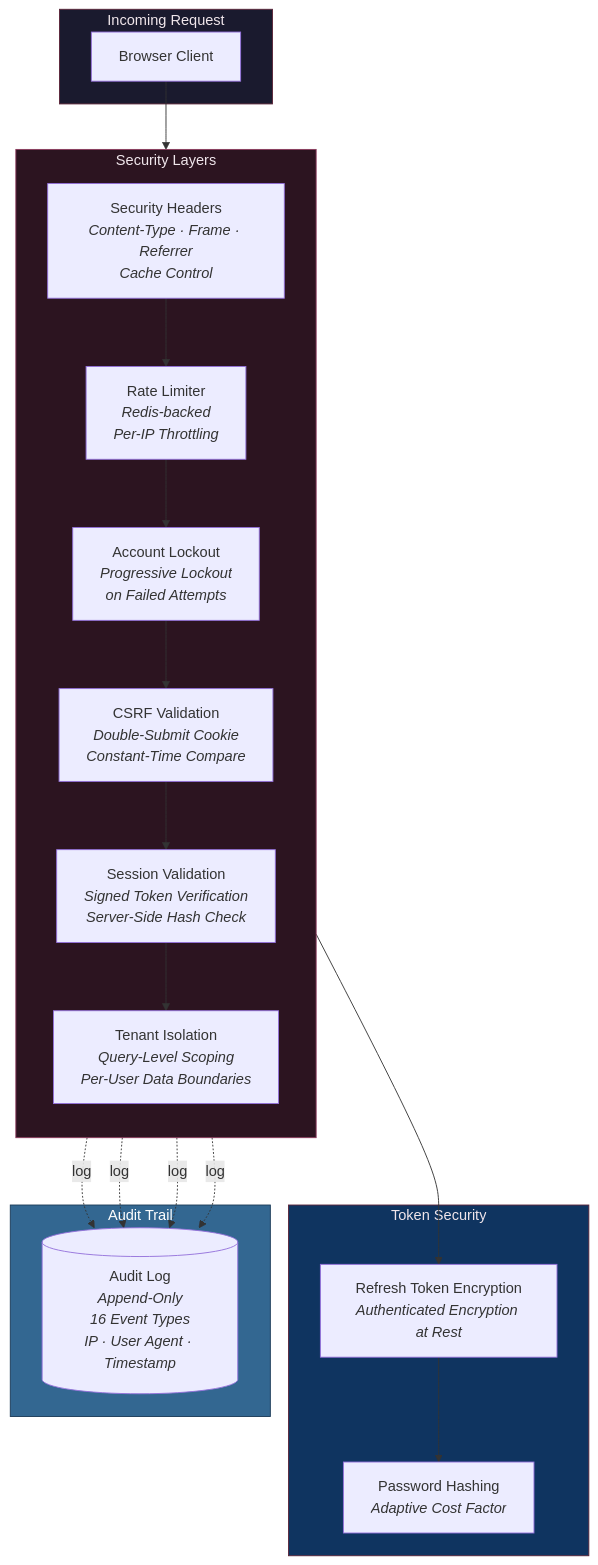
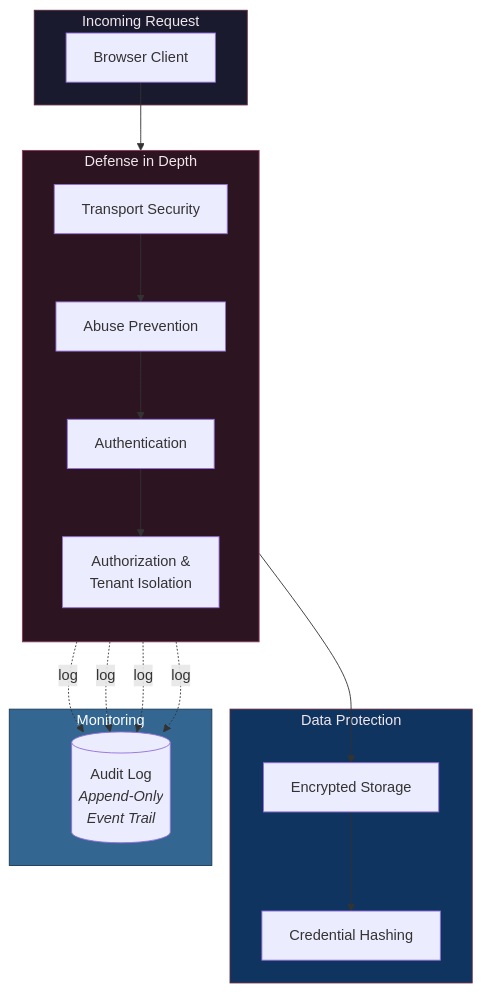
The sixth of 6 diagrams in README.md (justinericsnyder/M365DSCDash), drawn with Mermaid before and after one commit. The commit also changed other lines of this file, not shown here.

Commit message:
docs: harden OAuth2 flow and security diagrams — remove implementation details, strategies, thresholds, storage patterns

````diff
--- a/README.md
+++ b/README.md
@@ -401,44 +390,40 @@
 ```mermaid
 graph TB
     subgraph Request["Incoming Request"]
         Browser["Browser Client"]
     end
 
-    subgraph SecurityLayers["Security Layers"]
+    subgraph SecurityLayers["Defense in Depth"]
         direction TB
-        Headers["Security Headers<br/><i>Content-Type · Frame · Referrer<br/>Cache Control</i>"]
-        RateLimit["Rate Limiter<br/><i>Redis-backed<br/>Per-IP Throttling</i>"]
-        Lockout["Account Lockout<br/><i>Progressive Lockout<br/>on Failed Attempts</i>"]
-        CSRF["CSRF Validation<br/><i>Double-Submit Cookie<br/>Constant-Time Compare</i>"]
-        SessionVal["Session Validation<br/><i>Signed Token Verification<br/>Server-Side Hash Check</i>"]
-        TenantIso["Tenant Isolation<br/><i>Query-Level Scoping<br/>Per-User Data Boundaries</i>"]
+        Transport["Transport Security"]
+        Abuse["Abuse Prevention"]
+        AuthN["Authentication"]
+        AuthZ["Authorization &<br/>Tenant Isolation"]
     end
 
-    subgraph Encryption["Token Security"]
-        TokenEnc["Refresh Token Encryption<br/><i>Authenticated Encryption at Rest</i>"]
-        PassHash["Password Hashing<br/><i>Adaptive Cost Factor</i>"]
+    subgraph DataProtection["Data Protection"]
+        Encryption["Encrypted Storage"]
+        Hashing["Credential Hashing"]
     end
 
-    subgraph AuditTrail["Audit Trail"]
-        AuditDB[("Audit Log<br/><i>Append-Only<br/>16 Event Types<br/>IP · User Agent · Timestamp</i>")]
+    subgraph Monitoring["Monitoring"]
+        AuditDB[("Audit Log<br/><i>Append-Only<br/>Event Trail</i>")]
     end
 
-    Browser --> Headers
-    Headers --> RateLimit
-    RateLimit --> Lockout
-    Lockout --> CSRF
-    CSRF --> SessionVal
-    SessionVal --> TenantIso
-    TenantIso --> TokenEnc
-    TokenEnc --> PassHash
+    Browser --> Transport
+    Transport --> Abuse
+    Abuse --> AuthN
+    AuthN --> AuthZ
+    AuthZ --> Encryption
+    Encryption --> Hashing
 
-    Headers -.->|"log"| AuditDB
-    RateLimit -.->|"log"| AuditDB
-    Lockout -.->|"log"| AuditDB
-    SessionVal -.->|"log"| AuditDB
+    Transport -.->|"log"| AuditDB
+    Abuse -.->|"log"| AuditDB
+    AuthN -.->|"log"| AuditDB
+    AuthZ -.->|"log"| AuditDB
 
     style Request fill:#1a1a2e,stroke:#5A2438,color:#f0e6eb
     style SecurityLayers fill:#2C1420,stroke:#8B3A5C,color:#f0e6eb
-    style Encryption fill:#0f3460,stroke:#5A2438,color:#f0e6eb
-    style AuditTrail fill:#336791,stroke:#1b3a57,color:#ffffff
+    style DataProtection fill:#0f3460,stroke:#5A2438,color:#f0e6eb
+    style Monitoring fill:#336791,stroke:#1b3a57,color:#ffffff
 ```
````
